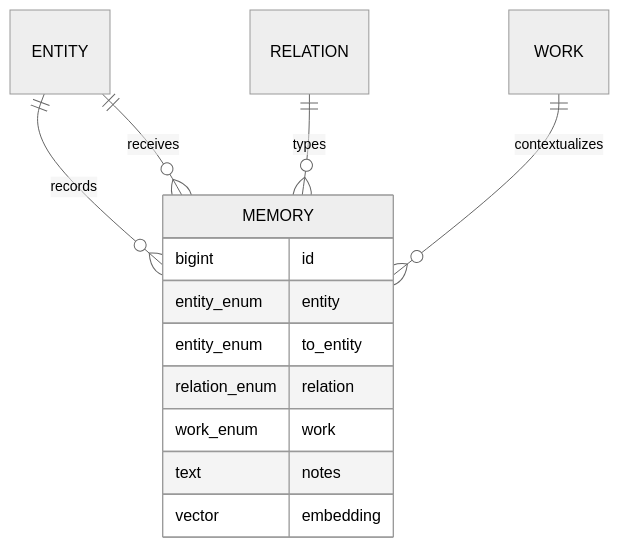
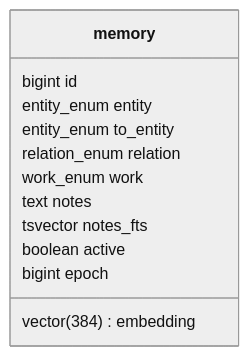
One commit to andmigque/Memory changed the third of 5 diagrams in README.md. Above: the diagram before and after it, drawn with Mermaid (neutral theme). The commit also changed other lines of this file, not shown here.

Commit message:
Correct semantic grammar diagram to match memory table

````diff
--- a/README.md
+++ b/README.md
@@ -76,17 +76,15 @@
 ```mermaid
-erDiagram
-    ENTITY ||--o{ MEMORY : records
-    ENTITY ||--o{ MEMORY : receives
-    RELATION ||--o{ MEMORY : types
-    WORK ||--o{ MEMORY : contextualizes
-
-    MEMORY {
+classDiagram
+    class memory {
         bigint id
         entity_enum entity
         entity_enum to_entity
         relation_enum relation
         work_enum work
         text notes
-        vector embedding
+        tsvector notes_fts
+        boolean active
+        bigint epoch
+        vector(384) embedding
     }
 ```
````
